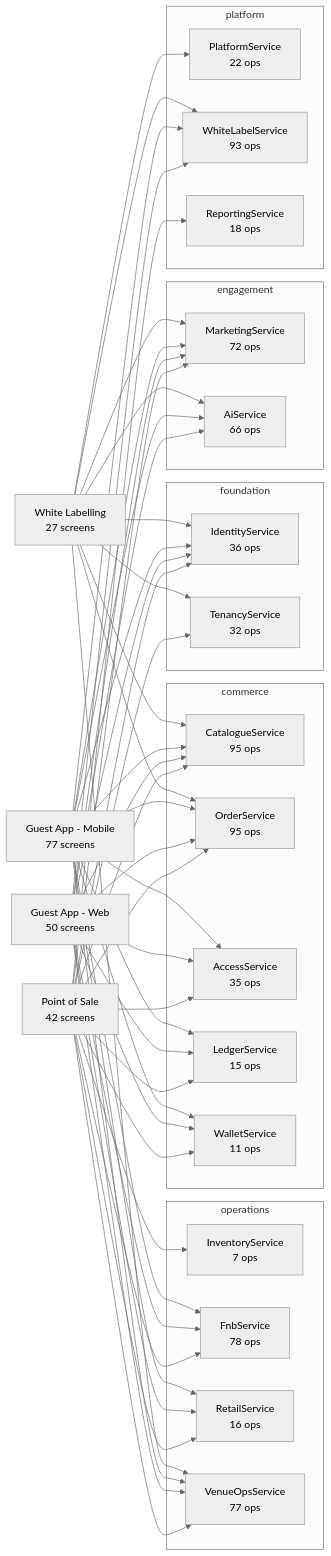
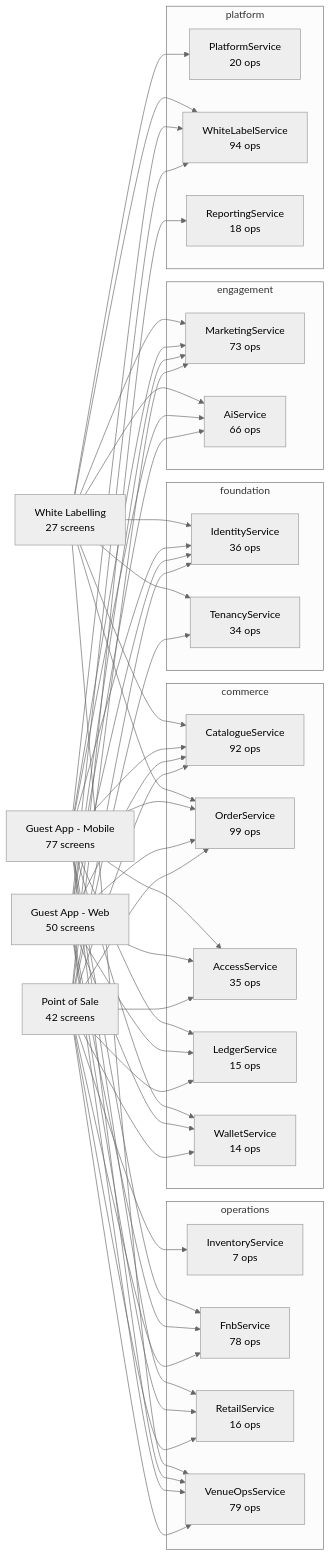
One commit to Diretide298/Solution_Architecture changed the diagram in ticvai/repos/ticvai-docs/handoff/service-docs/README.md. Above: the diagram before and after it, drawn with Mermaid (neutral theme). The commit also changed other lines of this file and 7334 other files, not shown here.

````diff
--- a/ticvai/repos/ticvai-docs/handoff/service-docs/README.md
+++ b/ticvai/repos/ticvai-docs/handoff/service-docs/README.md
@@ -9,79 +9,79 @@
 ```mermaid
 flowchart LR
   POS["Point of Sale<br/>42 screens"]
   WEB["Guest App - Web<br/>50 screens"]
   MOB["Guest App - Mobile<br/>77 screens"]
   WL["White Labelling<br/>27 screens"]
   subgraph foundation
     IdentityService["IdentityService<br/>36 ops"]
-    TenancyService["TenancyService<br/>32 ops"]
+    TenancyService["TenancyService<br/>34 ops"]
   end
   subgraph commerce
-    CatalogueService["CatalogueService<br/>95 ops"]
-    OrderService["OrderService<br/>95 ops"]
+    CatalogueService["CatalogueService<br/>92 ops"]
+    OrderService["OrderService<br/>99 ops"]
     AccessService["AccessService<br/>35 ops"]
     LedgerService["LedgerService<br/>15 ops"]
-    WalletService["WalletService<br/>11 ops"]
+    WalletService["WalletService<br/>14 ops"]
   end
   subgraph operations
     InventoryService["InventoryService<br/>7 ops"]
     FnbService["FnbService<br/>78 ops"]
     RetailService["RetailService<br/>16 ops"]
-    VenueOpsService["VenueOpsService<br/>77 ops"]
+    VenueOpsService["VenueOpsService<br/>79 ops"]
   end
   subgraph engagement
-    MarketingService["MarketingService<br/>72 ops"]
+    MarketingService["MarketingService<br/>73 ops"]
     AiService["AiService<br/>66 ops"]
   end
   subgraph platform
-    PlatformService["PlatformService<br/>22 ops"]
-    WhiteLabelService["WhiteLabelService<br/>93 ops"]
+    PlatformService["PlatformService<br/>20 ops"]
+    WhiteLabelService["WhiteLabelService<br/>94 ops"]
     ReportingService["ReportingService<br/>18 ops"]
   end
   POS --> OrderService
   WEB --> OrderService
   MOB --> OrderService
   WL --> OrderService
   POS --> FnbService
   WEB --> FnbService
   MOB --> FnbService
-  POS --> CatalogueService
-  WEB --> CatalogueService
-  MOB --> CatalogueService
-  WL --> CatalogueService
   POS --> AccessService
   WEB --> AccessService
   MOB --> AccessService
   WL --> PlatformService
   POS --> MarketingService
   WEB --> MarketingService
   MOB --> MarketingService
   WL --> MarketingService
+  POS --> CatalogueService
+  WEB --> CatalogueService
+  MOB --> CatalogueService
+  WL --> CatalogueService
   POS --> VenueOpsService
   WEB --> VenueOpsService
   MOB --> VenueOpsService
   WL --> VenueOpsService
   POS --> TenancyService
   WL --> TenancyService
   POS --> ReportingService
   WEB --> WhiteLabelService
   MOB --> WhiteLabelService
   WL --> WhiteLabelService
   POS --> InventoryService
   POS --> IdentityService
   WEB --> IdentityService
   MOB --> IdentityService
   WL --> IdentityService
   POS --> RetailService
   WEB --> RetailService
   MOB --> RetailService
   WEB --> AiService
   MOB --> AiService
   WL --> AiService
+  POS --> WalletService
+  WEB --> WalletService
+  MOB --> WalletService
   POS --> LedgerService
   WEB --> LedgerService
   MOB --> LedgerService
-  POS --> WalletService
-  WEB --> WalletService
-  MOB --> WalletService
 ```
````
